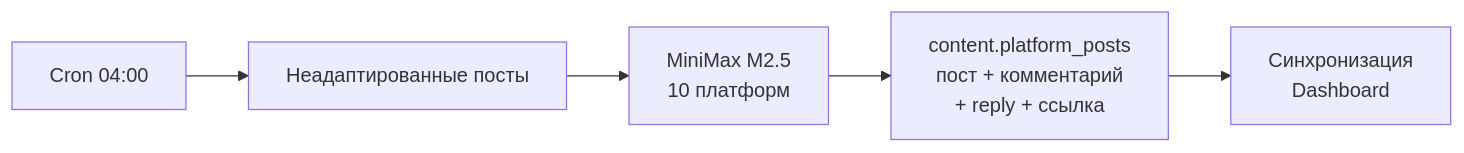
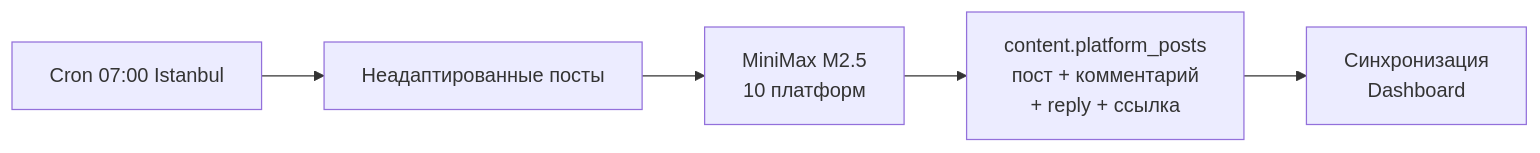
Before and after one commit to TimmyZinin/content-pipeline: the fourth of 7 diagrams in docs/Workflows.md, drawn with Mermaid. The commit also changed other lines of this file, not shown here.

````diff
--- a/docs/Workflows.md
+++ b/docs/Workflows.md
@@ -88,7 +88,7 @@
 ```mermaid
 flowchart LR
-    CRON["Cron 04:00"] --> SQL["Неадаптированные посты"]
+    CRON["Cron 07:00 Istanbul"] --> SQL["Неадаптированные посты"]
     SQL --> LLM["MiniMax M2.5\n10 платформ"]
     LLM --> DB["content.platform_posts\nпост + комментарий\n+ reply + ссылка"]
     DB --> SYNC["Синхронизация\nDashboard"]
 ```
````
